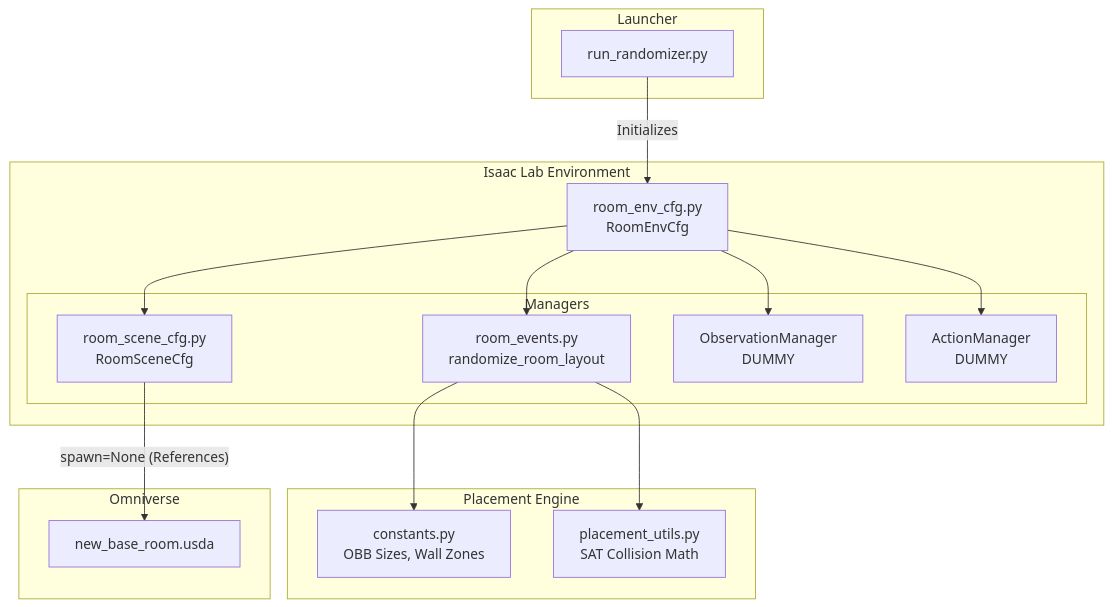
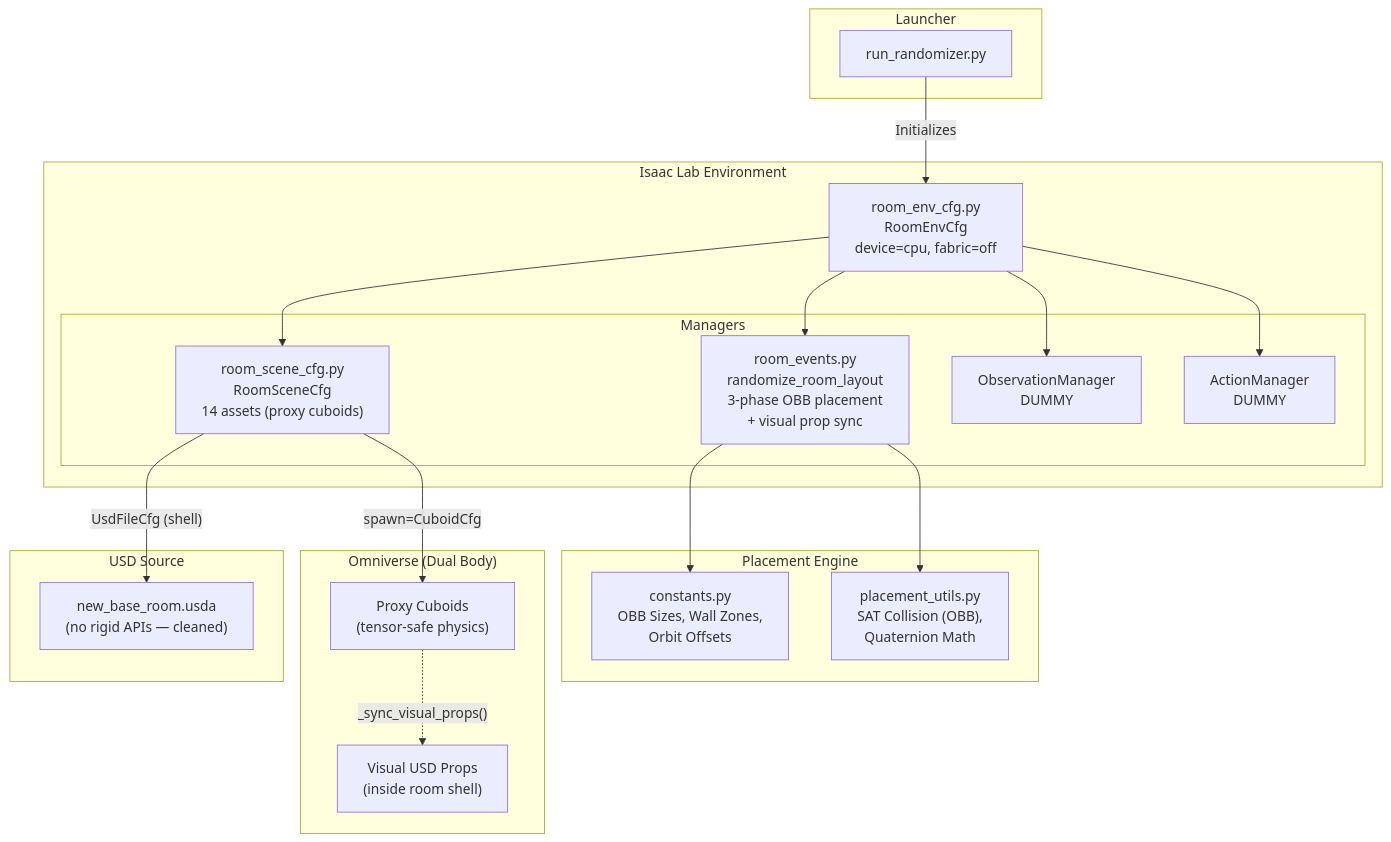
Before and after one commit to cezarioa/isaac-projects: the first of 2 diagrams in room_randomizer_lab/project_architecture.md, drawn with Mermaid. The commit also changed other lines of this file and 6 other files, not shown here.

````diff
--- a/room_randomizer_lab/project_architecture.md
+++ b/room_randomizer_lab/project_architecture.md
@@ -9,34 +19,41 @@
 ```mermaid
 graph TD
     subgraph "Launcher"
-        R[run_randomizer.py]
+        R["run_randomizer.py"]
     end
 
     subgraph "Isaac Lab Environment"
-        EnvCfg[room_env_cfg.py<br/>RoomEnvCfg]
-        
+        EnvCfg["room_env_cfg.py<br/>RoomEnvCfg<br/>device=cpu, fabric=off"]
+
         subgraph "Managers"
-            Scene[room_scene_cfg.py<br/>RoomSceneCfg]
-            Events[room_events.py<br/>randomize_room_layout]
-            DummyObs[ObservationManager<br/>DUMMY]
-            DummyAct[ActionManager<br/>DUMMY]
+            Scene["room_scene_cfg.py<br/>RoomSceneCfg<br/>14 assets (proxy cuboids)"]
+            Events["room_events.py<br/>randomize_room_layout<br/>3-phase OBB placement<br/>+ visual prop sync"]
+            DummyObs["ObservationManager<br/>DUMMY"]
+            DummyAct["ActionManager<br/>DUMMY"]
         end
-        
+
         EnvCfg --> Scene
         EnvCfg --> Events
         EnvCfg --> DummyObs
         EnvCfg --> DummyAct
     end
 
     subgraph "Placement Engine"
-        Events --> Constants[constants.py<br/>OBB Sizes, Wall Zones]
-        Events --> Utils[placement_utils.py<br/>SAT Collision Math]
+        Events --> Constants["constants.py<br/>OBB Sizes, Wall Zones,<br/>Orbit Offsets"]
+        Events --> Utils["placement_utils.py<br/>SAT Collision (OBB),<br/>Quaternion Math"]
     end
 
-    subgraph "Omniverse"
-        USD[new_base_room.usda]
+    subgraph "Omniverse (Dual Body)"
+        ProxyBodies["Proxy Cuboids<br/>(tensor-safe physics)"]
+        VisualProps["Visual USD Props<br/>(inside room shell)"]
+        ProxyBodies -.->|"_sync_visual_props()"| VisualProps
     end
 
-    Scene -->|"spawn=None (References)"| USD
+    subgraph "USD Source"
+        USD["new_base_room.usda<br/>(no rigid APIs — cleaned)"]
+    end
+
+    Scene -->|"spawn=CuboidCfg"| ProxyBodies
+    Scene -->|"UsdFileCfg (shell)"| USD
     R -->|"Initializes"| EnvCfg
 ```
````
